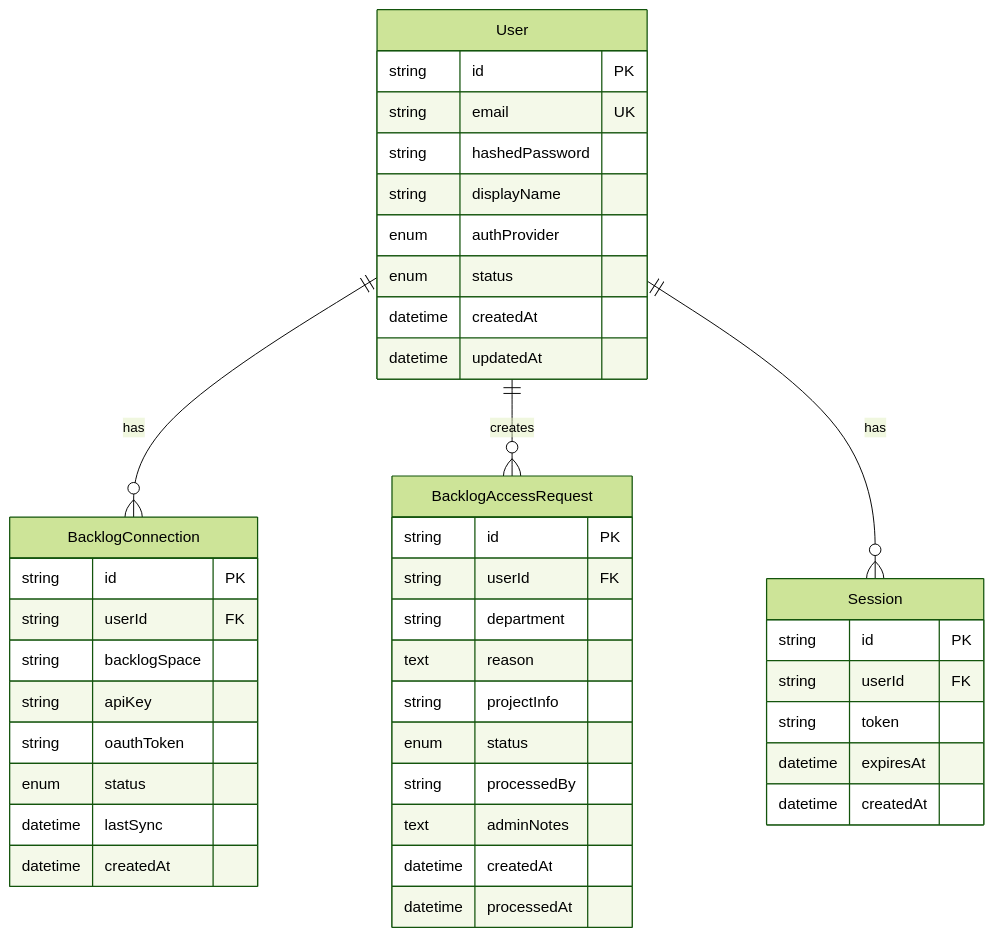
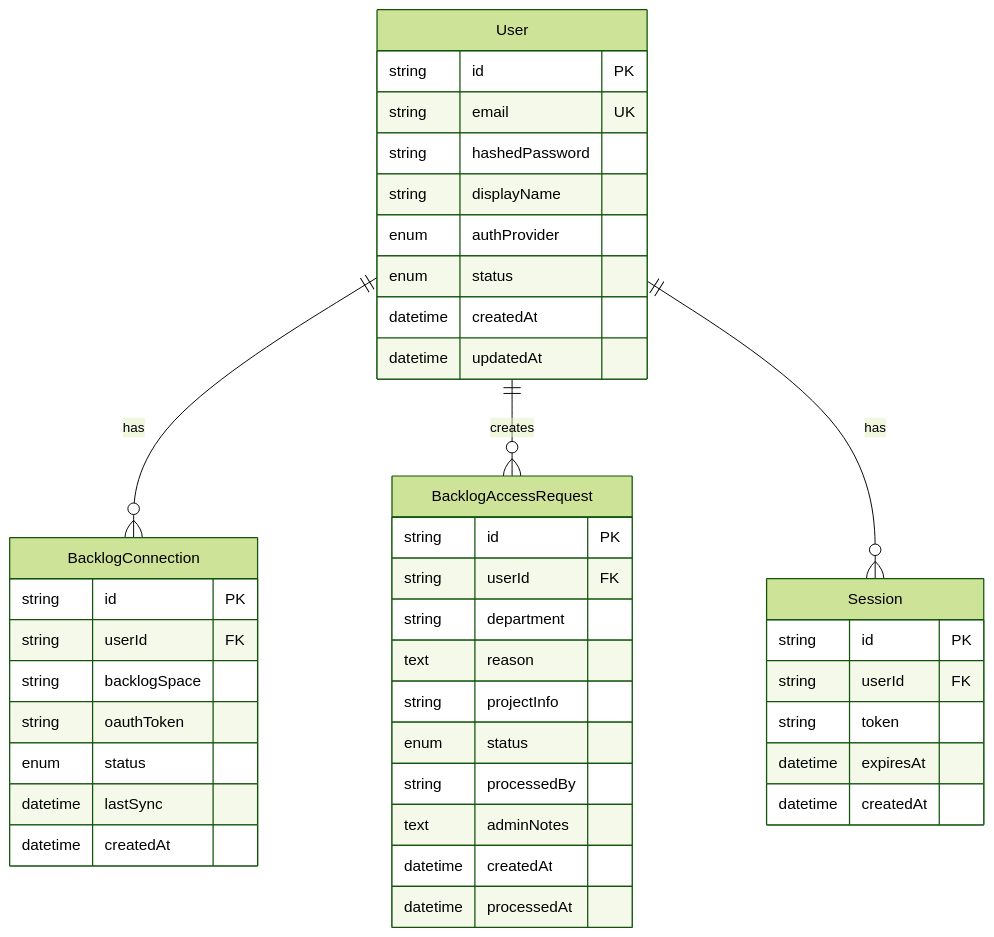
One commit to rasshii/team-insight changed diagram 11 of 13 in Doc/mvp.md. Above: the diagram before and after it, drawn with Mermaid (forest theme). The commit also changed other lines of this file and 64 other files, not shown here.

````diff
--- a/Doc/mvp.md
+++ b/Doc/mvp.md
@@ -614,48 +543,47 @@
 ```mermaid
 erDiagram
     User ||--o{ BacklogConnection : has
     User ||--o{ BacklogAccessRequest : creates
     User ||--o{ Session : has
     User {
         string id PK
         string email UK
         string hashedPassword
         string displayName
         enum authProvider
         enum status
         datetime createdAt
         datetime updatedAt
     }
 
     BacklogConnection {
         string id PK
         string userId FK
         string backlogSpace
-        string apiKey
         string oauthToken
         enum status
         datetime lastSync
         datetime createdAt
     }
 
     BacklogAccessRequest {
         string id PK
         string userId FK
         string department
         text reason
         string projectInfo
         enum status
         string processedBy
         text adminNotes
         datetime createdAt
         datetime processedAt
     }
 
     Session {
         string id PK
         string userId FK
         string token
         datetime expiresAt
         datetime createdAt
     }
 ```
````
